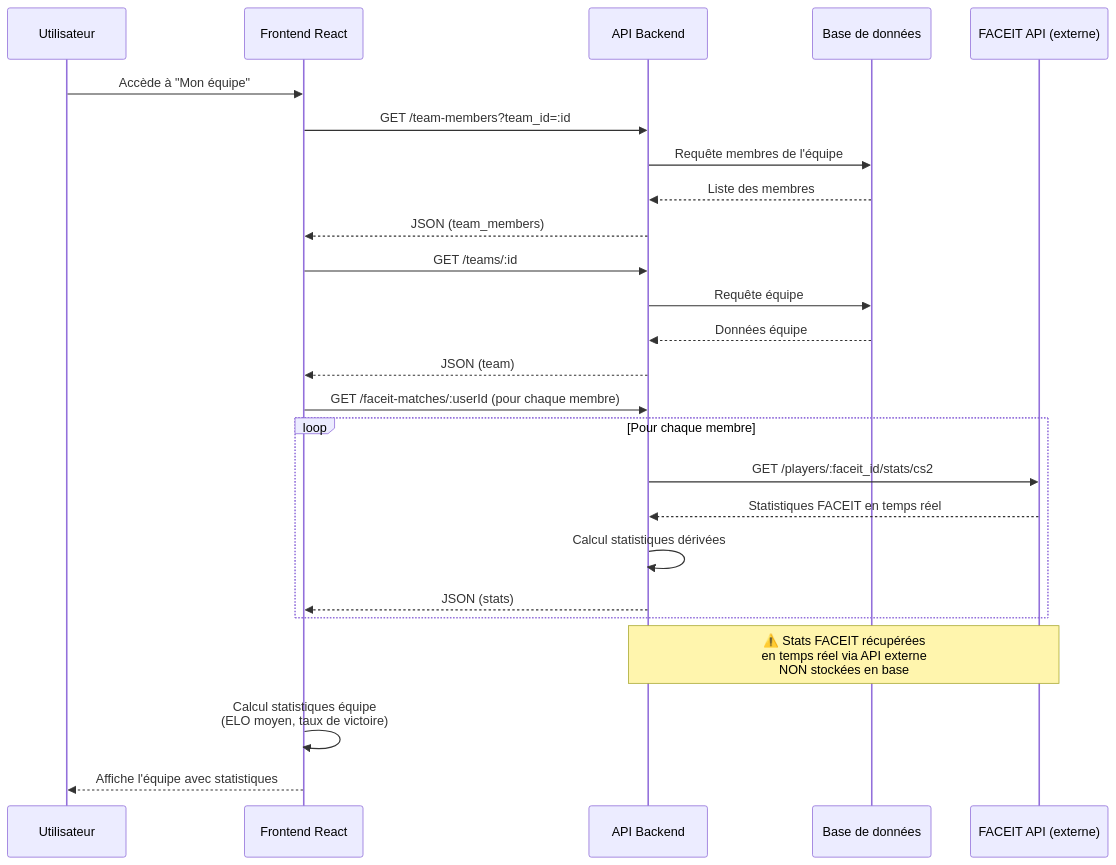
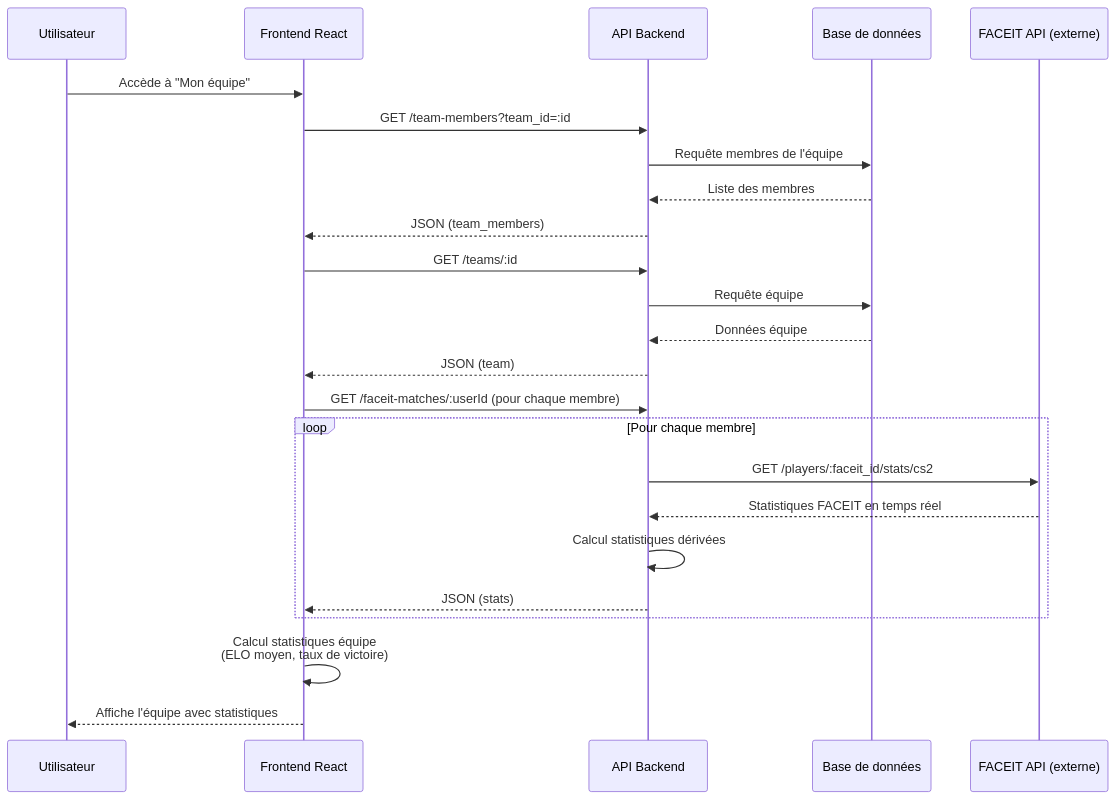
One commit to kenant68/Find-It changed the diagram in apps/documentation/sequences/team.mmd. Above: the diagram before and after it, drawn with Mermaid. The commit also changed 2 other files, not shown here.

```diff
--- a/apps/documentation/sequences/team.mmd
+++ b/apps/documentation/sequences/team.mmd
@@ -1,30 +1,29 @@
 sequenceDiagram
     participant User as Utilisateur
     participant Frontend as Frontend React
     participant API as API Backend
     participant DB as Base de données
     participant Faceit as FACEIT API (externe)
 
     User->>Frontend: Accède à "Mon équipe"
     Frontend->>API: GET /team-members?team_id=:id
     API->>DB: Requête membres de l'équipe
     DB-->>API: Liste des membres
     API-->>Frontend: JSON (team_members)
     
     Frontend->>API: GET /teams/:id
     API->>DB: Requête équipe
     DB-->>API: Données équipe
     API-->>Frontend: JSON (team)
     
     Frontend->>API: GET /faceit-matches/:userId (pour chaque membre)
     loop Pour chaque membre
         API->>Faceit: GET /players/:faceit_id/stats/cs2
         Faceit-->>API: Statistiques FACEIT en temps réel
         API->>API: Calcul statistiques dérivées
         API-->>Frontend: JSON (stats)
     end
 
-    Note over API,Faceit: ⚠️ Stats FACEIT récupérées<br/>en temps réel via API externe<br/>NON stockées en base
     
     Frontend->>Frontend: Calcul statistiques équipe<br/>(ELO moyen, taux de victoire)
     Frontend-->>User: Affiche l'équipe avec statistiques
```
